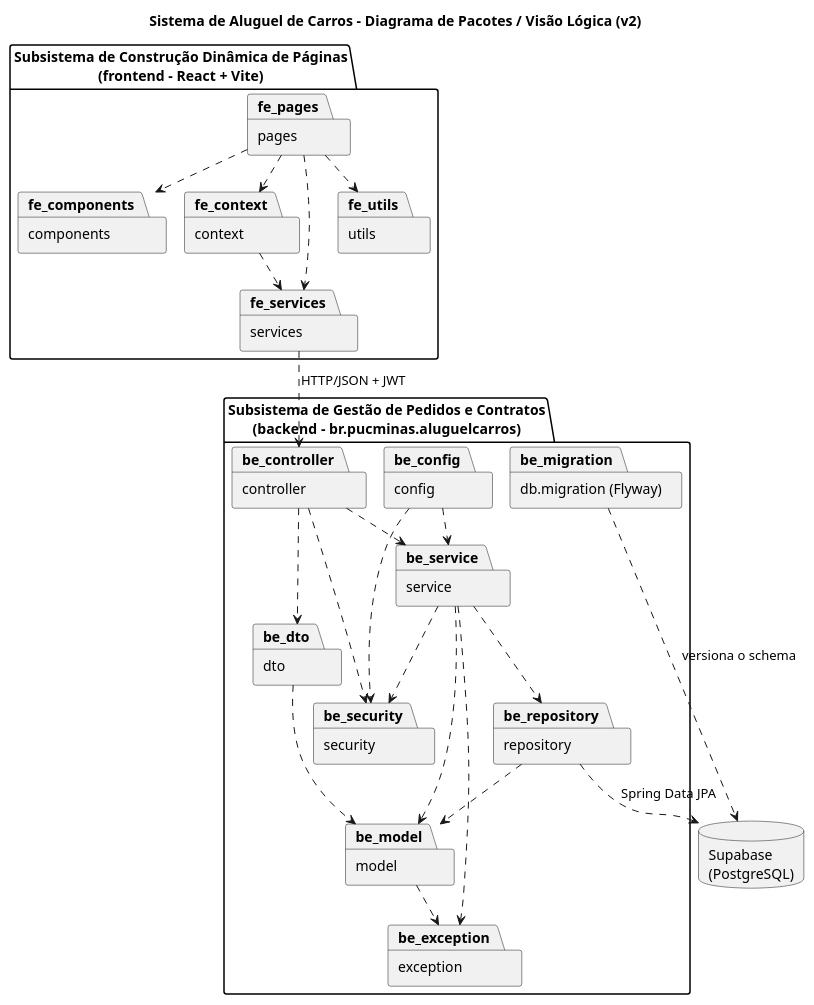
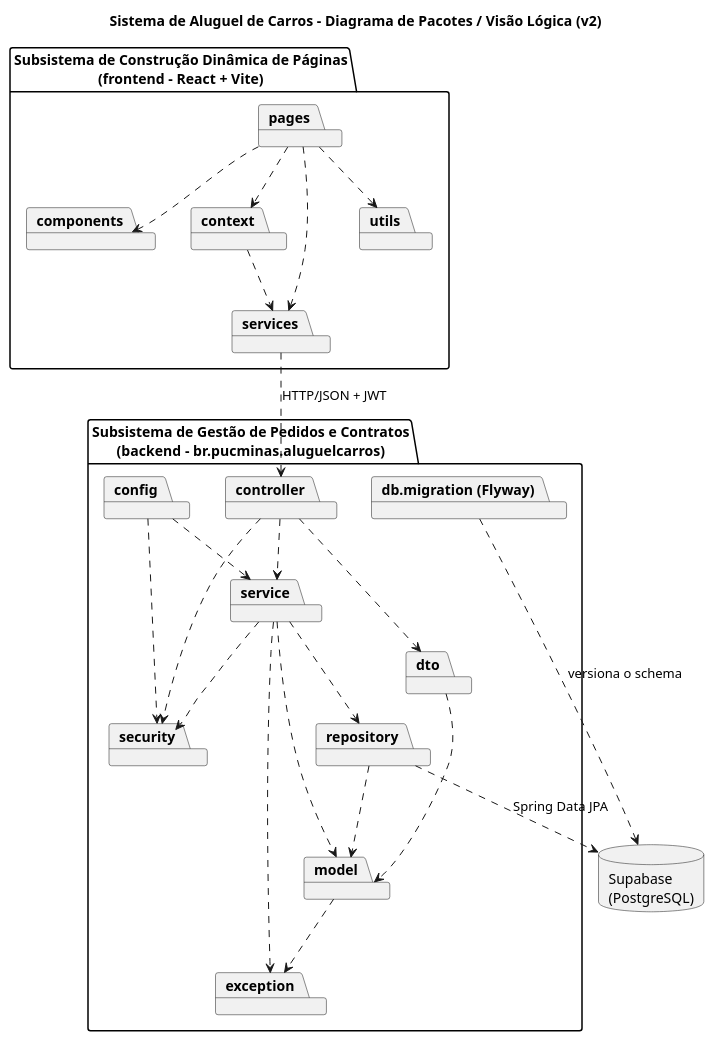
Before and after one commit to Phijey/lab02-aluguel-de-carros: the diagram in docs/uml/v2/pacotes.puml, drawn with PlantUML. The commit also changed 15 other files, not shown here.

Commit message:
docs: imagens PNG dos diagramas UML v1 e v2

```diff
--- a/docs/uml/v2/pacotes.puml
+++ b/docs/uml/v2/pacotes.puml
@@ -1,64 +1,64 @@
 @startuml pacotes
-!pragma layout smetana
 skinparam packageStyle folder
+set separator none
 
 title Sistema de Aluguel de Carros - Diagrama de Pacotes / Visão Lógica (v2)
 
 package "Subsistema de Construção Dinâmica de Páginas\n(frontend - React + Vite)" as FE {
-  package "pages" as fe_pages {
+  package "pages" {
   }
-  package "components" as fe_components {
+  package "components" {
   }
-  package "context" as fe_context {
+  package "context" {
   }
-  package "services" as fe_services {
+  package "services" {
   }
-  package "utils" as fe_utils {
+  package "utils" {
   }
 }
 
 package "Subsistema de Gestão de Pedidos e Contratos\n(backend - br.pucminas.aluguelcarros)" as BE {
-  package "controller" as be_controller {
+  package "controller" {
   }
-  package "dto" as be_dto {
+  package "dto" {
   }
-  package "service" as be_service {
+  package "service" {
   }
-  package "repository" as be_repository {
+  package "repository" {
   }
-  package "model" as be_model {
+  package "model" {
   }
-  package "security" as be_security {
+  package "security" {
   }
-  package "config" as be_config {
+  package "config" {
   }
-  package "exception" as be_exception {
+  package "exception" {
   }
-  package "db.migration (Flyway)" as be_migration {
+  package "db.migration (Flyway)" {
   }
 }
 
 database "Supabase\n(PostgreSQL)" as DB
 
-fe_pages ..> fe_components
-fe_pages ..> fe_context
-fe_pages ..> fe_services
-fe_pages ..> fe_utils
-fe_context ..> fe_services
-fe_services ..> be_controller : HTTP/JSON + JWT
+pages ..> components
+pages ..> context
+pages ..> services
+pages ..> utils
+context ..> services
+services ..> controller : HTTP/JSON + JWT
 
-be_controller ..> be_dto
-be_controller ..> be_service
-be_controller ..> be_security
-be_dto ..> be_model
-be_service ..> be_repository
-be_service ..> be_model
-be_service ..> be_exception
-be_service ..> be_security
-be_model ..> be_exception
-be_repository ..> be_model
-be_config ..> be_security
-be_config ..> be_service
-be_repository ..> DB : Spring Data JPA
-be_migration ..> DB : versiona o schema
+controller ..> dto
+controller ..> service
+controller ..> security
+dto ..> model
+service ..> repository
+service ..> model
+service ..> exception
+service ..> security
+model ..> exception
+repository ..> model
+config ..> security
+config ..> service
+repository ..> DB : Spring Data JPA
+"db.migration (Flyway)" ..> DB : versiona o schema
 @enduml
```
